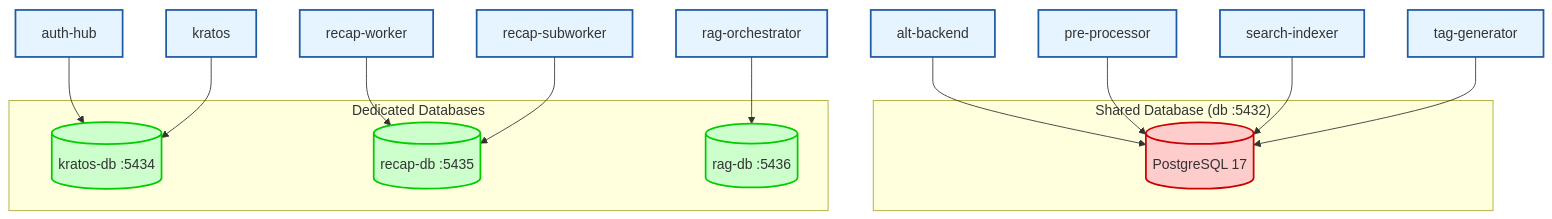
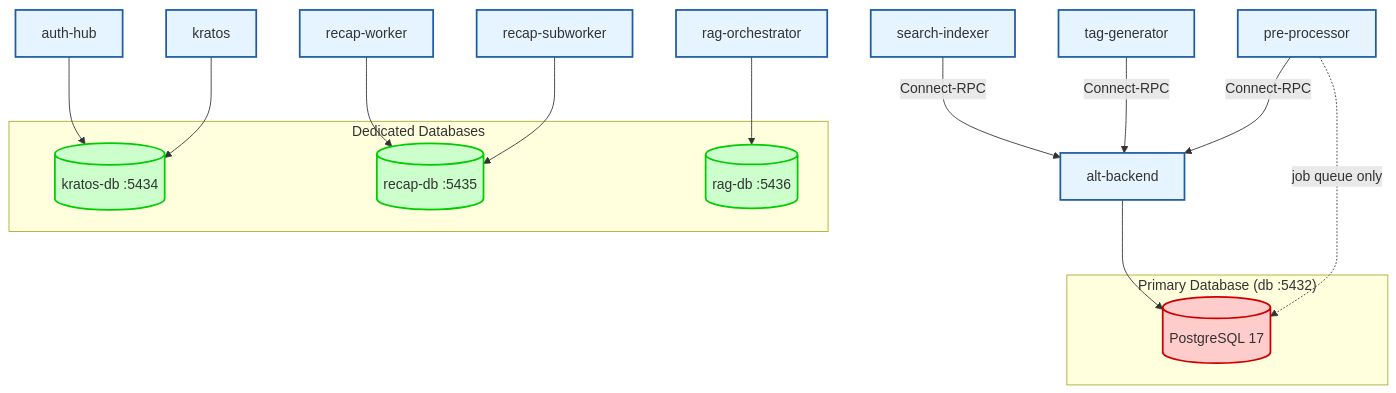
One commit to Kaikei-e/Alt changed the tenth of 12 diagrams in README.md. Above: the diagram before and after it, drawn with Mermaid. The commit also changed other lines of this file, not shown here.

First line of the commit message:
chore(docs): update README with recent changes and clarify service communication

````diff
--- a/README.md
+++ b/README.md
@@ -649,29 +652,30 @@
 ```mermaid
 flowchart TD
     classDef shared fill:#ffcccc,stroke:#cc0000,stroke-width:2px
     classDef dedicated fill:#ccffcc,stroke:#00cc00,stroke-width:2px
     classDef service fill:#e6f4ff,stroke:#1f5aa5,stroke-width:2px
 
-    subgraph "Shared Database (db :5432)"
+    subgraph "Primary Database (db :5432)"
         DB[(PostgreSQL 17)]:::shared
     end
 
     subgraph "Dedicated Databases"
         KratosDB[(kratos-db :5434)]:::dedicated
         RecapDB[(recap-db :5435)]:::dedicated
         RagDB[(rag-db :5436)]:::dedicated
     end
 
     Backend[alt-backend]:::service --> DB
-    PreProc[pre-processor]:::service --> DB
-    SearchIdx[search-indexer]:::service --> DB
-    TagGen[tag-generator]:::service --> DB
+    PreProc[pre-processor]:::service -.->|job queue only| DB
+    SearchIdx[search-indexer]:::service -->|Connect-RPC| Backend
+    TagGen[tag-generator]:::service -->|Connect-RPC| Backend
+    PreProc -->|Connect-RPC| Backend
 
     AuthHub[auth-hub]:::service --> KratosDB
     Kratos[kratos]:::service --> KratosDB
 
     RecapWorker[recap-worker]:::service --> RecapDB
     RecapSub[recap-subworker]:::service --> RecapDB
 
     RagOrch[rag-orchestrator]:::service --> RagDB
 ```
````
